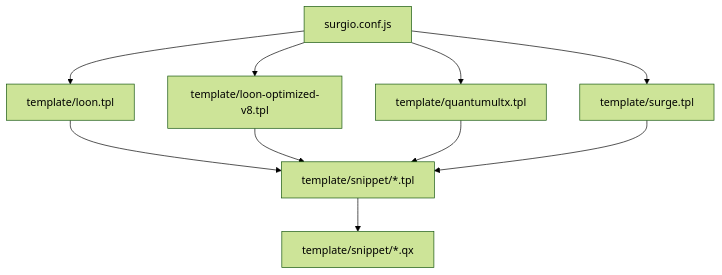
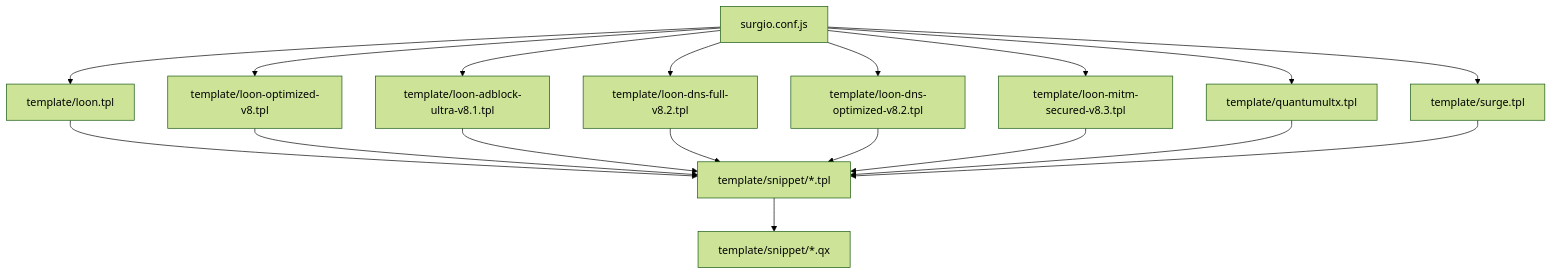
One commit to 3kaiu/config changed the first of 4 diagrams in .qoder/repowiki/zh/content/模板系统.md. Above: the diagram before and after it, drawn with Mermaid (forest theme). The commit also changed other lines of this file and 112 other files, not shown here.

````diff
--- a/.qoder/repowiki/zh/content/模板系统.md
+++ b/.qoder/repowiki/zh/content/模板系统.md
@@ -56,12 +61,20 @@
 ```mermaid
 graph TB
 A["surgio.conf.js"] --> B["template/loon.tpl"]
 A --> B2["template/loon-optimized-v8.tpl"]
+A --> B3["template/loon-adblock-ultra-v8.1.tpl"]
+A --> B4["template/loon-dns-full-v8.2.tpl"]
+A --> B5["template/loon-dns-optimized-v8.2.tpl"]
+A --> B6["template/loon-mitm-secured-v8.3.tpl"]
 A --> C["template/quantumultx.tpl"]
 A --> D["template/surge.tpl"]
 B --> E["template/snippet/*.tpl"]
 B2 --> E
+B3 --> E
+B4 --> E
+B5 --> E
+B6 --> E
 C --> E
 D --> E
 E --> F["template/snippet/*.qx"]
 ```
````
